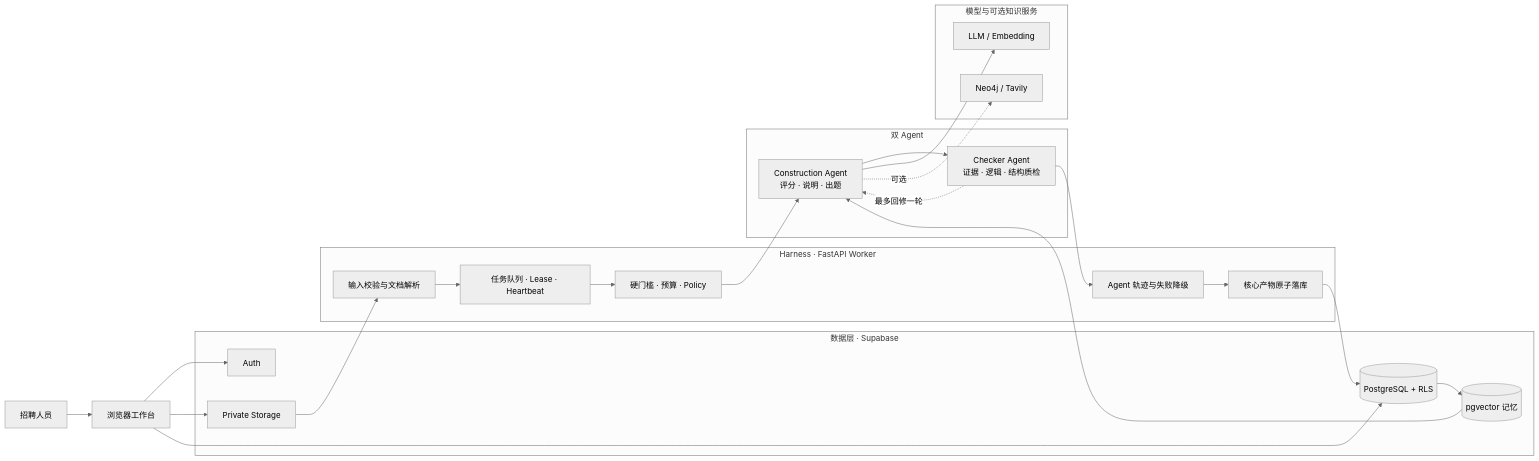
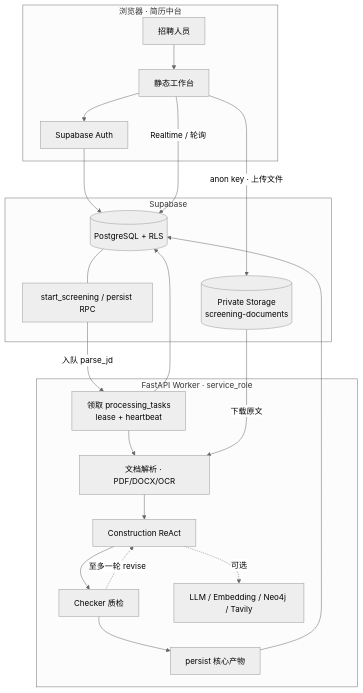
The first of 16 diagrams in README.md (mengtian-7001/Resume_Agent), drawn with Mermaid (neutral theme) before and after one commit. The commit also changed other lines of this file, not shown here.

````diff
--- a/README.md
+++ b/README.md
@@ -41,40 +47,31 @@
 ```mermaid
-flowchart LR
-  U[招聘人员] --> UI[浏览器工作台]
-
-  subgraph DATA[数据层 · Supabase]
-    AUTH[Auth]
-    STORE[Private Storage]
-    DB[(PostgreSQL + RLS)]
-    VEC[(pgvector 记忆)]
+flowchart TB
+  subgraph UI[浏览器 · 简历中台]
+    U[招聘人员] --> F[静态工作台]
+    F --> AUTH[Supabase Auth]
   end
 
-  subgraph H[Harness · FastAPI Worker]
-    ING[输入校验与文档解析]
-    QUEUE[任务队列 · Lease · Heartbeat]
-    POLICY[硬门槛 · 预算 · Policy]
-    TRACE[Agent 轨迹与失败降级]
-    PERSIST[核心产物原子落库]
+  subgraph SB[Supabase]
+    AUTH --> PG[(PostgreSQL + RLS)]
+    F -->|anon key · 上传文件| ST[(Private Storage<br/>screening-documents)]
+    F -->|Realtime / 轮询| PG
+    RPC[start_screening / persist RPC]
+    PG --- RPC
   end
 
-  subgraph A[双 Agent]
-    C[Construction Agent\n评分 · 说明 · 出题]
-    K[Checker Agent\n证据 · 逻辑 · 结构质检]
-    C --> K
-    K -. 最多回修一轮 .-> C
+  subgraph WK[FastAPI Worker · service_role]
+    Q[领取 processing_tasks<br/>lease + heartbeat]
+    P[文档解析 · PDF/DOCX/OCR]
+    C[Construction ReAct]
+    K[Checker 质检]
+    PS[persist 核心产物]
+    Q --> P --> C --> K --> PS
+    K -.->|至多一轮 revise| C
+    C -.可选.-> L[LLM / Embedding / Neo4j / Tavily]
   end
 
-  subgraph M[模型与可选知识服务]
-    LLM[LLM / Embedding]
-    GRAPH[Neo4j / Tavily]
-  end
-
-  UI --> AUTH
-  UI --> STORE
-  UI --> DB
-  STORE --> ING --> QUEUE --> POLICY --> C
-  C --> LLM
-  C -. 可选 .-> GRAPH
-  DB --> VEC --> C
-  K --> TRACE --> PERSIST --> DB
+  ST -->|下载原文| P
+  RPC -->|入队 parse_jd| Q
+  PS --> PG
+  Q --> PG
 ```
````
